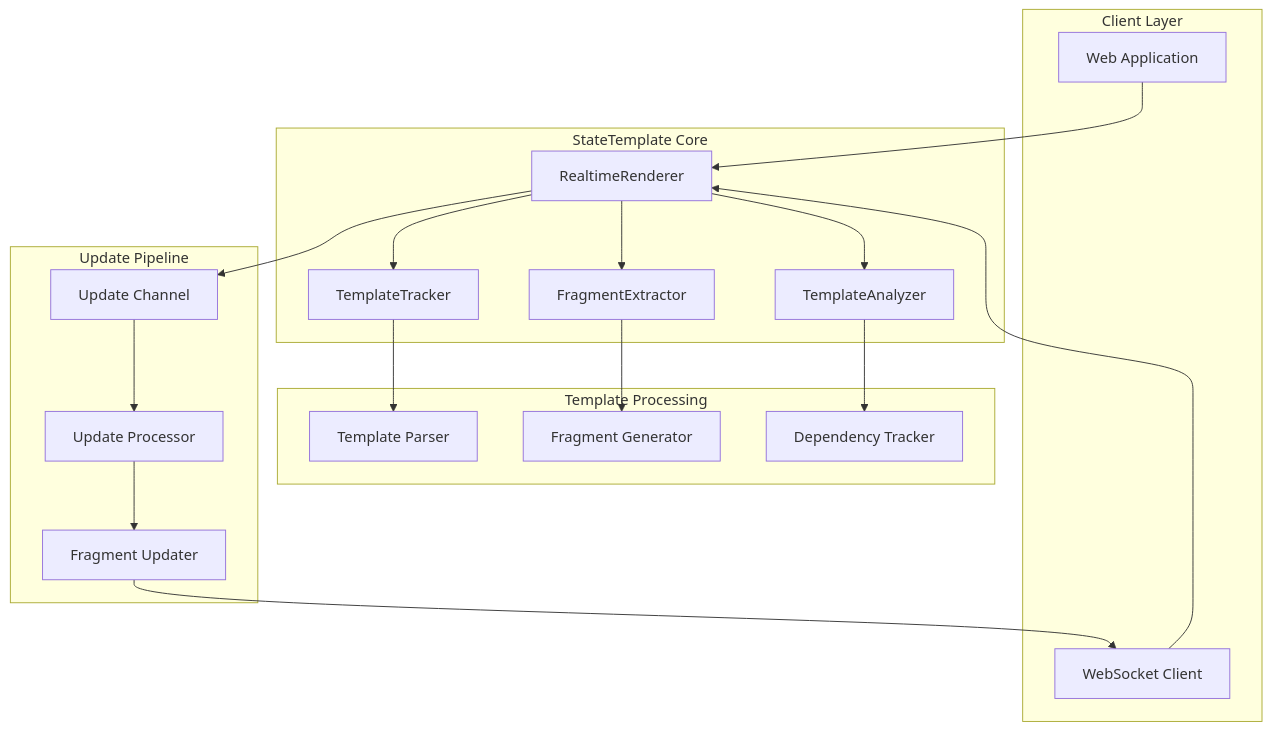
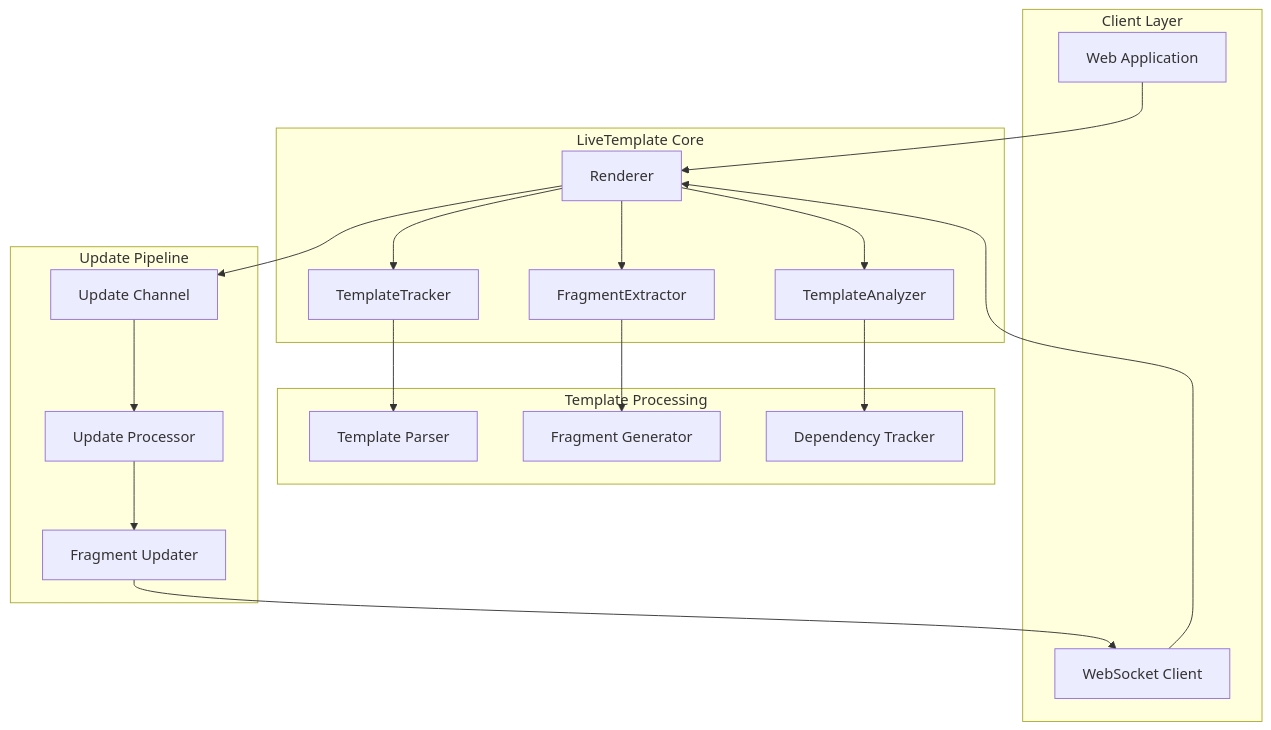
The first of 6 diagrams in docs/ARCHITECTURE.md (livetemplate/livetemplate), drawn with Mermaid before and after one commit. The commit also changed other lines of this file and 102 other files, not shown here.

````diff
--- a/docs/ARCHITECTURE.md
+++ b/docs/ARCHITECTURE.md
@@ -11,39 +11,39 @@
 ```mermaid
 graph TB
     subgraph "Client Layer"
         WEB[Web Application]
         WS[WebSocket Client]
     end
 
-    subgraph "StateTemplate Core"
-        RT[RealtimeRenderer]
+    subgraph "LiveTemplate Core"
+        RT[Renderer]
         TT[TemplateTracker]
         FE[FragmentExtractor]
         TA[TemplateAnalyzer]
     end
 
     subgraph "Template Processing"
         TP[Template Parser]
         FG[Fragment Generator]
         DT[Dependency Tracker]
     end
 
     subgraph "Update Pipeline"
         UC[Update Channel]
         UP[Update Processor]
         FU[Fragment Updater]
     end
 
     WEB --> RT
     WS --> RT
     RT --> TT
     RT --> FE
     RT --> TA
     TT --> TP
     FE --> FG
     TA --> DT
     RT --> UC
     UC --> UP
     UP --> FU
     FU --> WS
 ```
````
